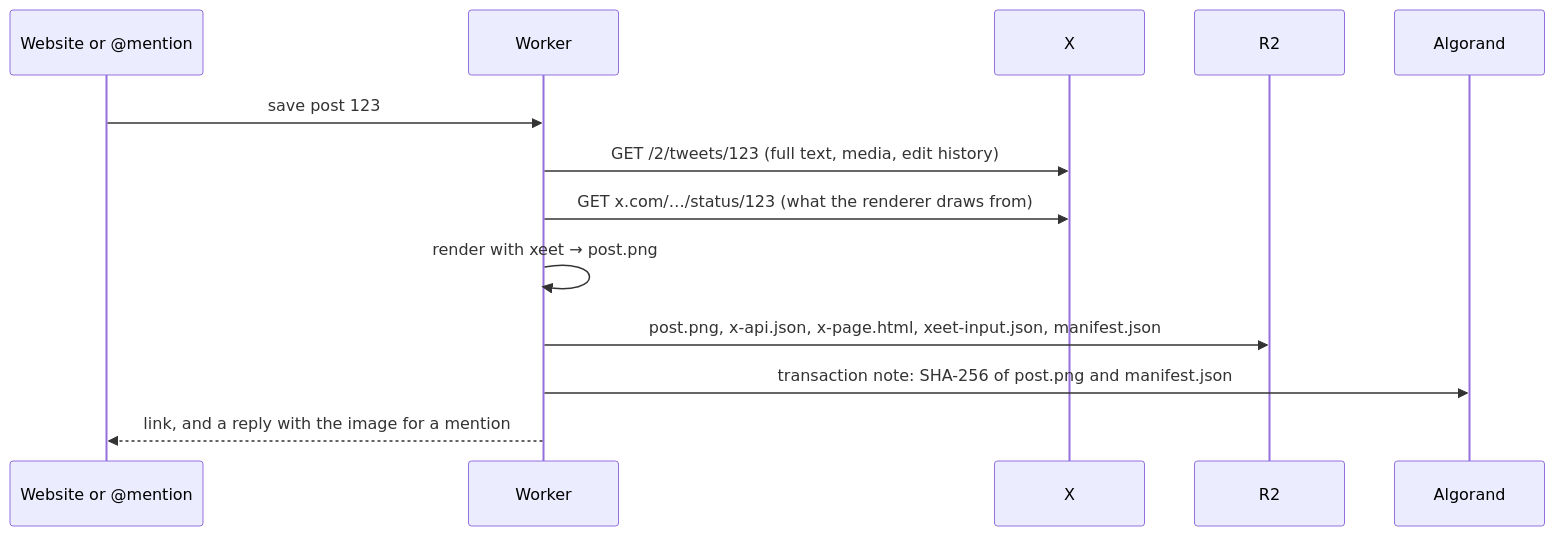
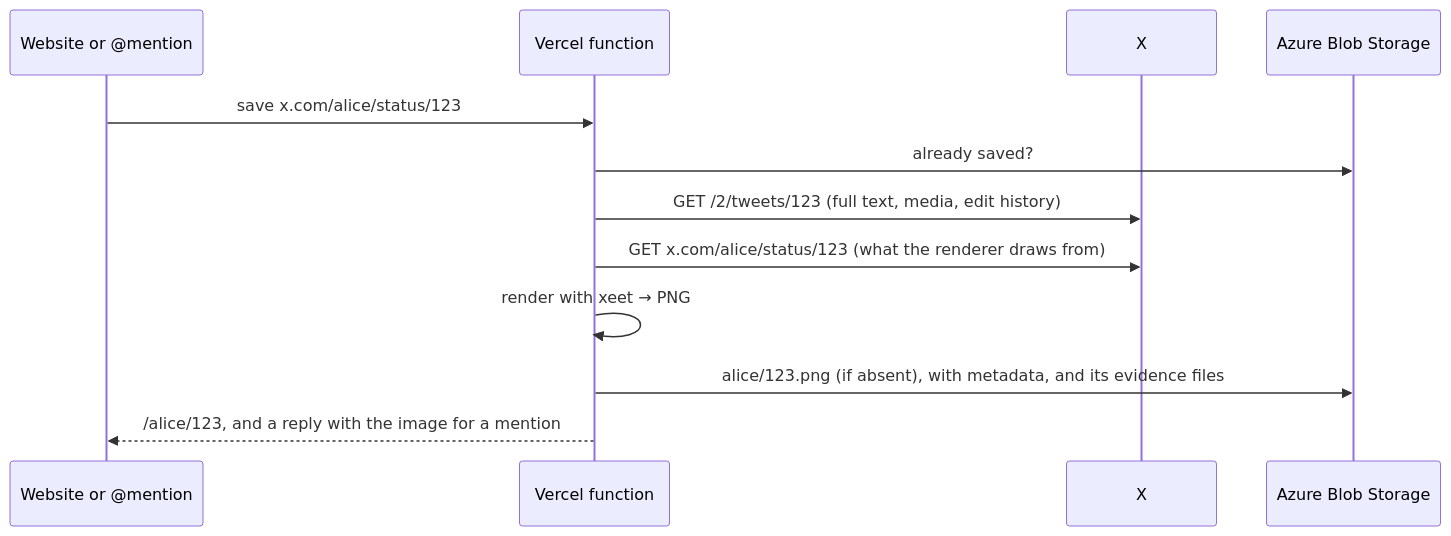
One commit to kzu/xposts changed the diagram in README.md. Above: the diagram before and after it, drawn with Mermaid. The commit also changed other lines of this file and 25 other files, not shown here.

First line of the commit message:
Run on Vercel with Azure Blob Storage as the only store

````diff
--- a/README.md
+++ b/README.md
@@ -16,15 +20,14 @@
 ```mermaid
 sequenceDiagram
     participant U as Website or @mention
-    participant W as Worker
+    participant V as Vercel function
     participant X as X
-    participant R2 as R2
-    participant A as Algorand
-    U->>W: save post 123
-    W->>X: GET /2/tweets/123 (full text, media, edit history)
-    W->>X: GET x.com/…/status/123 (what the renderer draws from)
-    W->>W: render with xeet → post.png
-    W->>R2: post.png, x-api.json, x-page.html, xeet-input.json, manifest.json
-    W->>A: transaction note: SHA-256 of post.png and manifest.json
-    W-->>U: link, and a reply with the image for a mention
+    participant B as Azure Blob Storage
+    U->>V: save x.com/alice/status/123
+    V->>B: already saved?
+    V->>X: GET /2/tweets/123 (full text, media, edit history)
+    V->>X: GET x.com/alice/status/123 (what the renderer draws from)
+    V->>V: render with xeet → PNG
+    V->>B: alice/123.png (if absent), with metadata, and its evidence files
+    V-->>U: /alice/123, and a reply with the image for a mention
 ```
````
